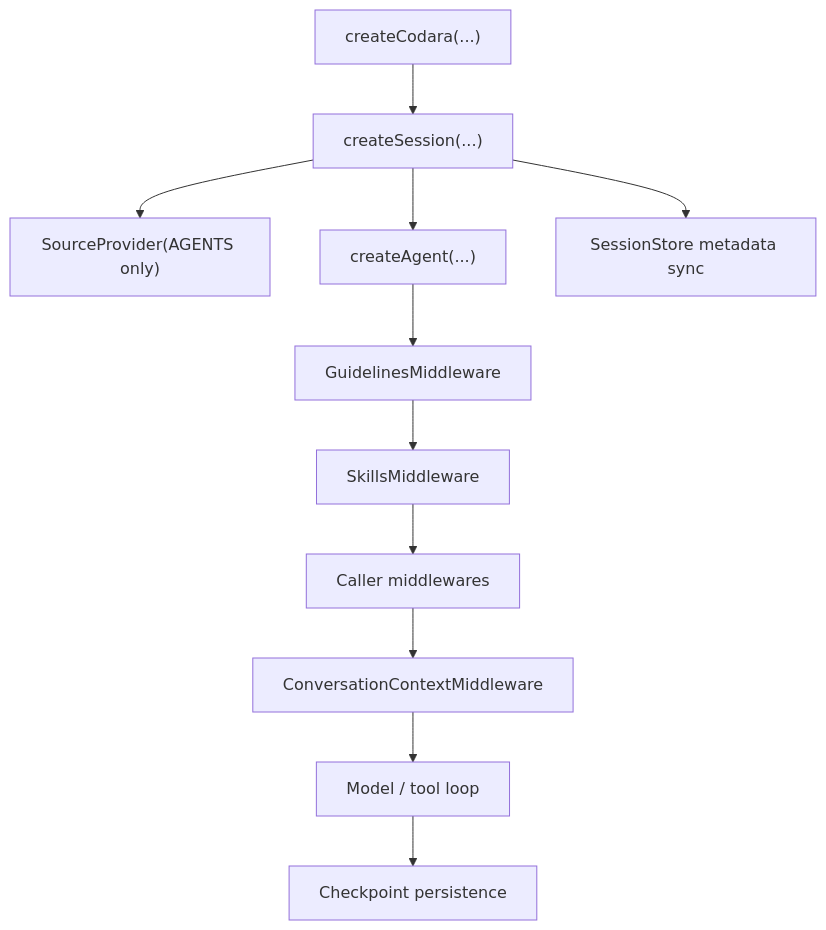
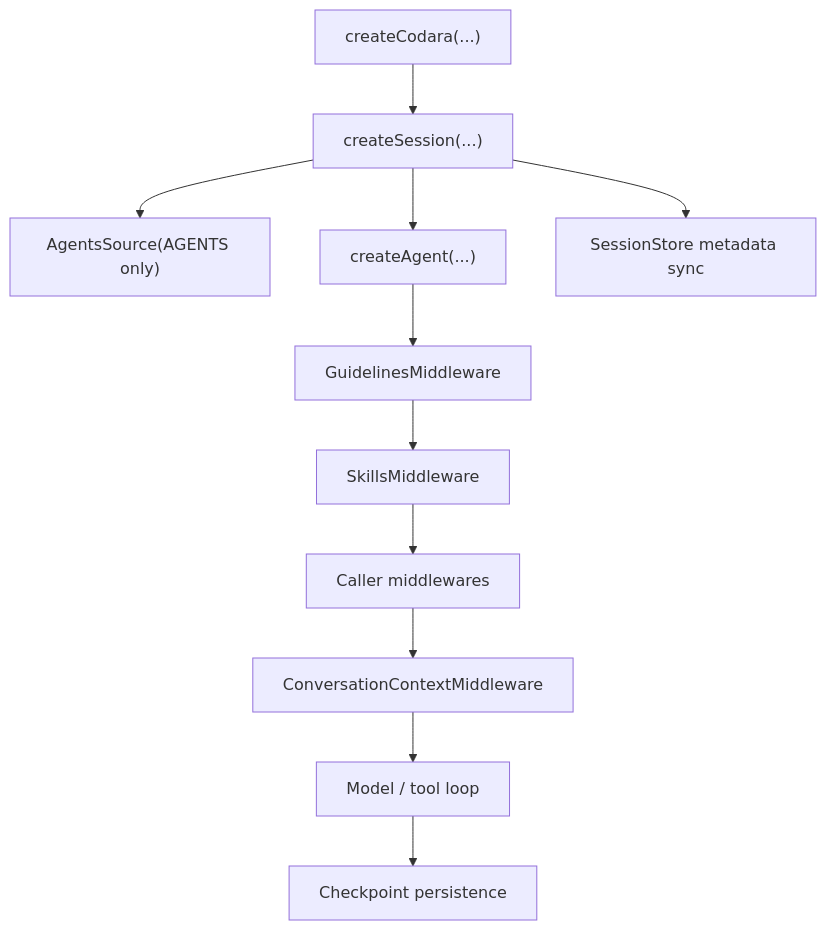
Before and after one commit to LordFoxFairy/Codara: the sixth of 7 diagrams in docs/conversation-lifecycle-architecture.md, drawn with Mermaid. The commit also changed other lines of this file and 13 other files, not shown here.

````diff
--- a/docs/conversation-lifecycle-architecture.md
+++ b/docs/conversation-lifecycle-architecture.md
@@ -147,13 +147,13 @@
 ```mermaid
 flowchart TD
   I["createCodara(...)"] --> S["createSession(...)"]
-  S --> SP["SourceProvider(AGENTS only)"]
+  S --> SP["AgentsSource(AGENTS only)"]
   S --> A["createAgent(...)"]
   A --> G["GuidelinesMiddleware"]
   G --> SK["SkillsMiddleware"]
   SK --> CM["Caller middlewares"]
   CM --> CC["ConversationContextMiddleware"]
   CC --> ML["Model / tool loop"]
   ML --> CP["Checkpoint persistence"]
   S --> ST["SessionStore metadata sync"]
 ```
````
